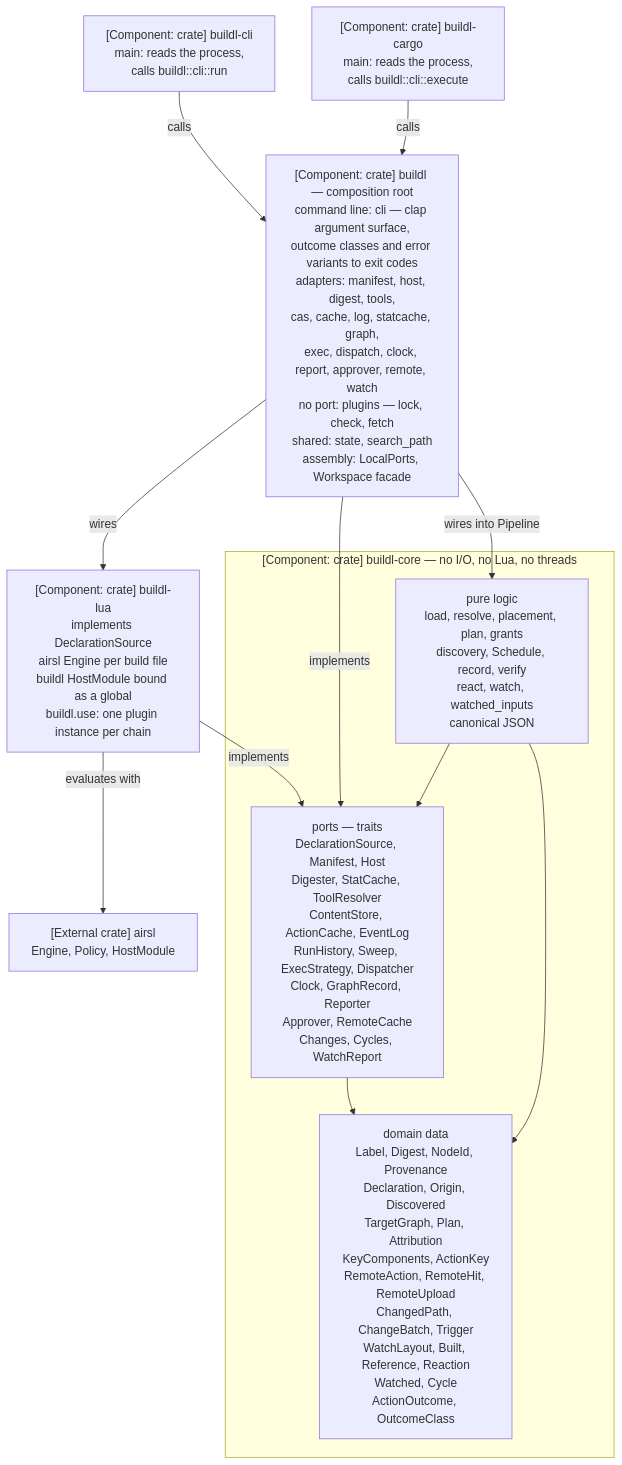
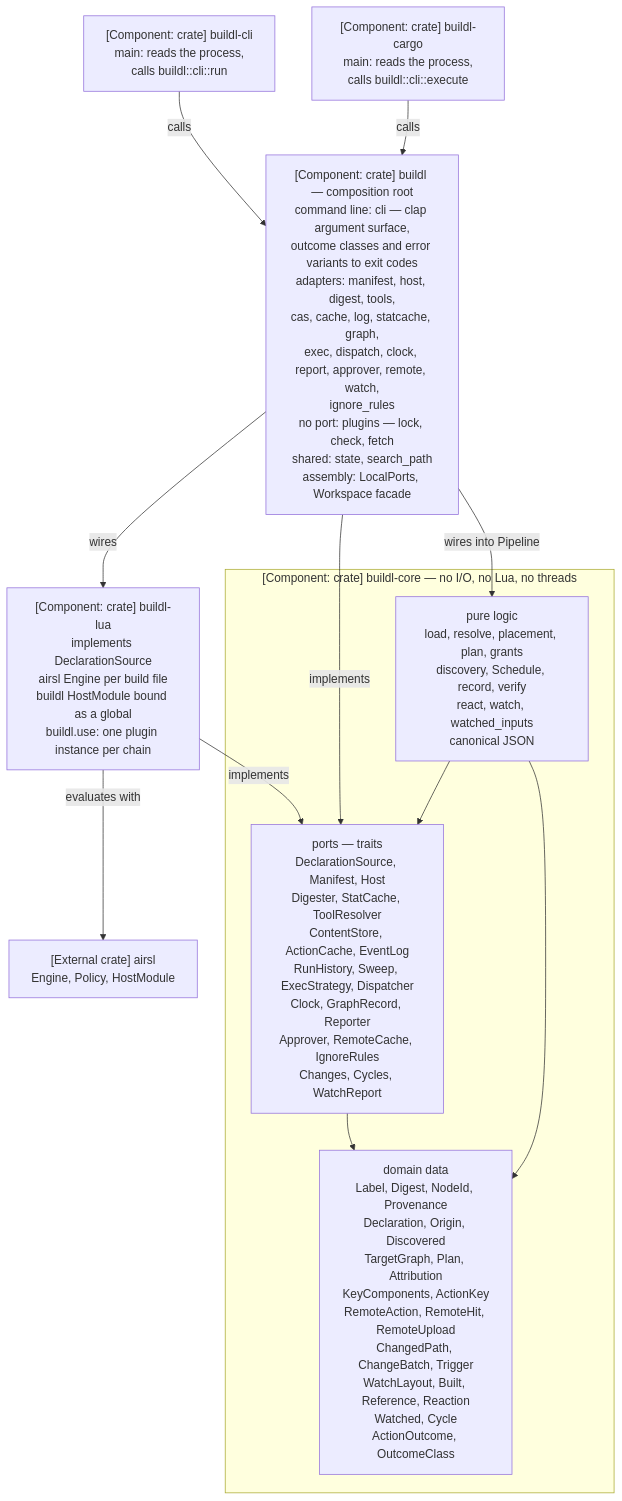
Before and after one commit to airsstack/buildl: the fifth of 7 diagrams in book/src/ch11-03-four-crates.md, drawn with Mermaid. The commit also changed other lines of this file and 7 other files, not shown here.

````diff
--- a/book/src/ch11-03-four-crates.md
+++ b/book/src/ch11-03-four-crates.md
@@ -181,24 +181,24 @@
 ```mermaid
 %% C4 level 3 — components inside the CLI process
 graph TD
     CLI["[Component: crate] buildl-cli<br/>main: reads the process,<br/>calls buildl::cli::run"]
     CARGO["[Component: crate] buildl-cargo<br/>main: reads the process,<br/>calls buildl::cli::execute"]
-    LIB["[Component: crate] buildl — composition root<br/>command line: cli — clap argument surface,<br/>outcome classes and error variants to exit codes<br/>adapters: manifest, host, digest, tools,<br/>cas, cache, log, statcache, graph,<br/>exec, dispatch, clock, report, approver, remote, watch<br/>no port: plugins — lock, check, fetch<br/>shared: state, search_path<br/>assembly: LocalPorts, Workspace facade"]
+    LIB["[Component: crate] buildl — composition root<br/>command line: cli — clap argument surface,<br/>outcome classes and error variants to exit codes<br/>adapters: manifest, host, digest, tools,<br/>cas, cache, log, statcache, graph,<br/>exec, dispatch, clock, report, approver, remote, watch,<br/>ignore_rules<br/>no port: plugins — lock, check, fetch<br/>shared: state, search_path<br/>assembly: LocalPorts, Workspace facade"]
     LUA["[Component: crate] buildl-lua<br/>implements DeclarationSource<br/>airsl Engine per build file<br/>buildl HostModule bound as a global<br/>buildl.use: one plugin instance per chain"]
     subgraph CORE["[Component: crate] buildl-core — no I/O, no Lua, no threads"]
         DATA["domain data<br/>Label, Digest, NodeId, Provenance<br/>Declaration, Origin, Discovered<br/>TargetGraph, Plan, Attribution<br/>KeyComponents, ActionKey<br/>RemoteAction, RemoteHit, RemoteUpload<br/>ChangedPath, ChangeBatch, Trigger<br/>WatchLayout, Built, Reference, Reaction<br/>Watched, Cycle<br/>ActionOutcome, OutcomeClass"]
-        PORTS["ports — traits<br/>DeclarationSource, Manifest, Host<br/>Digester, StatCache, ToolResolver<br/>ContentStore, ActionCache, EventLog<br/>RunHistory, Sweep, ExecStrategy, Dispatcher<br/>Clock, GraphRecord, Reporter<br/>Approver, RemoteCache<br/>Changes, Cycles, WatchReport"]
+        PORTS["ports — traits<br/>DeclarationSource, Manifest, Host<br/>Digester, StatCache, ToolResolver<br/>ContentStore, ActionCache, EventLog<br/>RunHistory, Sweep, ExecStrategy, Dispatcher<br/>Clock, GraphRecord, Reporter<br/>Approver, RemoteCache, IgnoreRules<br/>Changes, Cycles, WatchReport"]
         LOGIC["pure logic<br/>load, resolve, placement, plan, grants<br/>discovery, Schedule, record, verify<br/>react, watch, watched_inputs<br/>canonical JSON"]
     end
     AIRSL["[External crate] airsl<br/>Engine, Policy, HostModule"]
     CLI -->|"calls"| LIB
     CARGO -->|"calls"| LIB
     LIB -->|"wires"| LUA
     LIB -->|"implements"| PORTS
     LIB -->|"wires into Pipeline"| LOGIC
     LUA -->|"implements"| PORTS
     LUA -->|"evaluates with"| AIRSL
     LOGIC --> PORTS
     LOGIC --> DATA
     PORTS --> DATA
 ```
````
